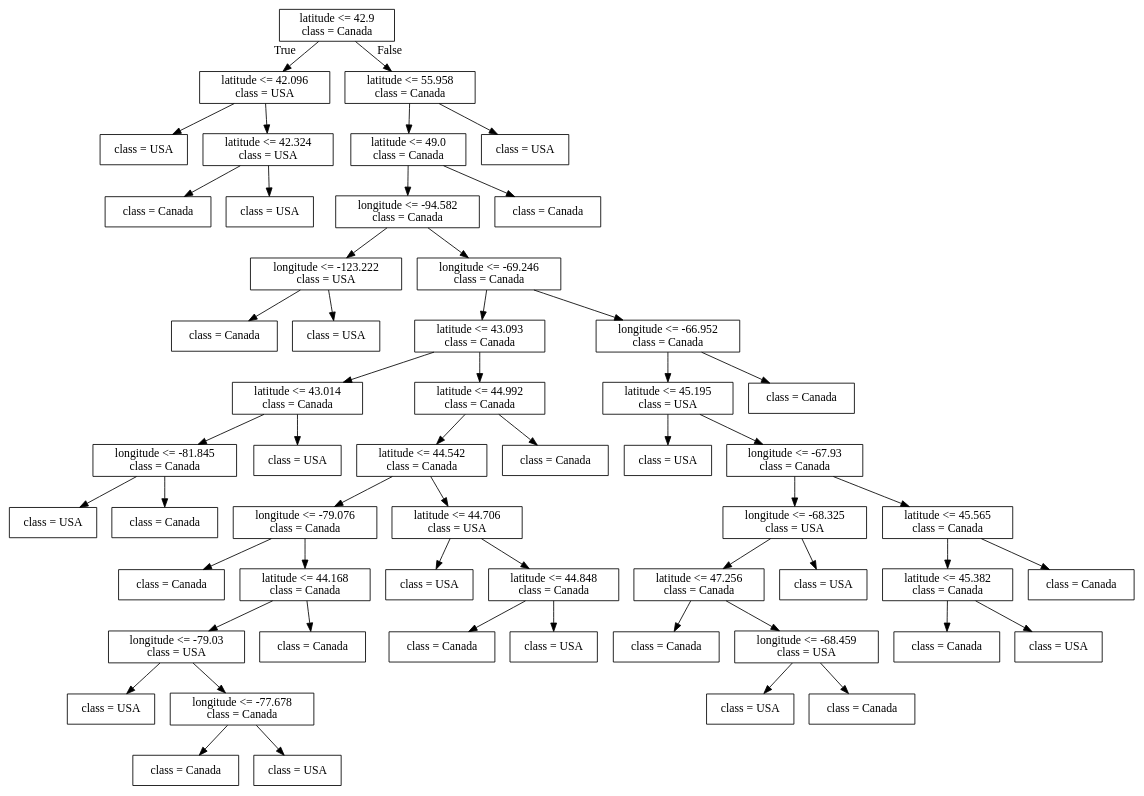
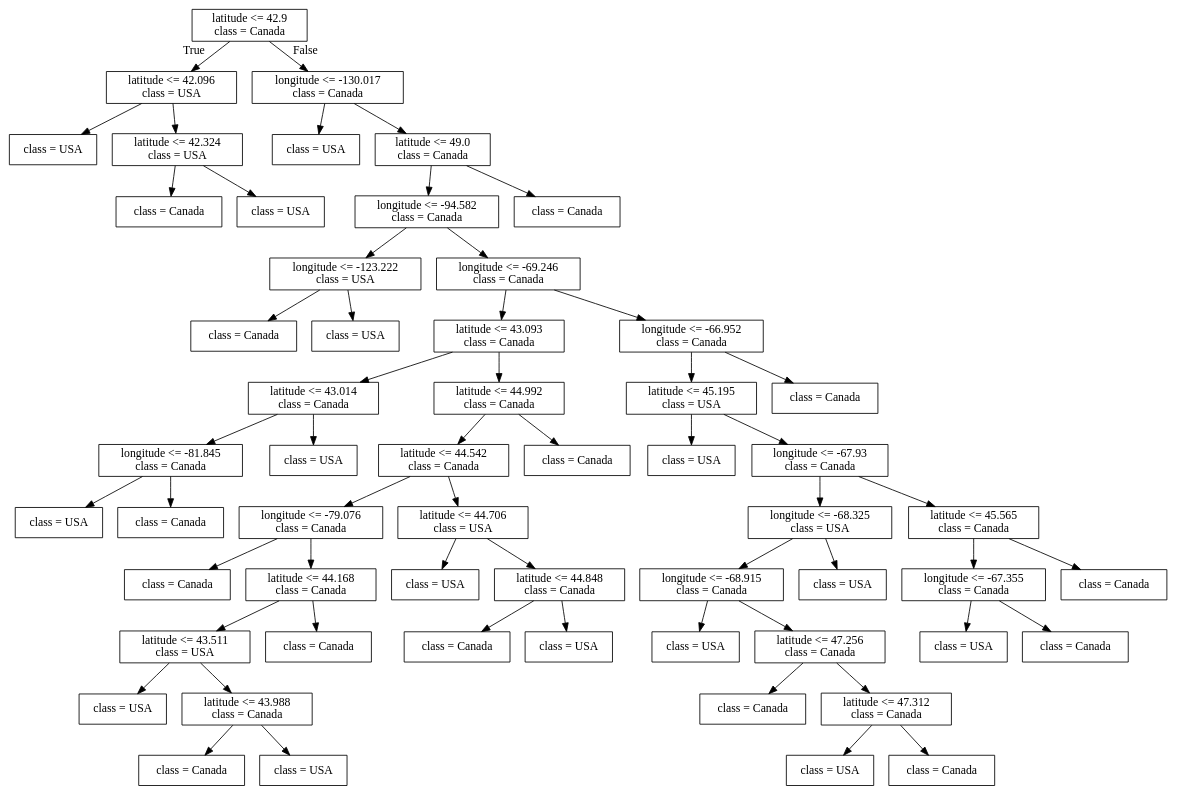
The diagram in lectures/Source.gv (bait509-ubc/BAIT509), drawn with Graphviz before and after one commit. The commit also changed 82 other files, not shown here.

```diff
--- a/lectures/Source.gv
+++ b/lectures/Source.gv
@@ -1,112 +1,116 @@
 digraph Tree {
 node [shape=box] ;
 0 [label="latitude <= 42.9\nclass = Canada"] ;
 1 [label="latitude <= 42.096\nclass = USA"] ;
 0 -> 1 [labeldistance=2.5, labelangle=45, headlabel="True"] ;
 2 [label="class = USA"] ;
 1 -> 2 ;
 3 [label="latitude <= 42.324\nclass = USA"] ;
 1 -> 3 ;
 4 [label="class = Canada"] ;
 3 -> 4 ;
 5 [label="class = USA"] ;
 3 -> 5 ;
-6 [label="latitude <= 55.958\nclass = Canada"] ;
+6 [label="longitude <= -130.017\nclass = Canada"] ;
 0 -> 6 [labeldistance=2.5, labelangle=-45, headlabel="False"] ;
-7 [label="latitude <= 49.0\nclass = Canada"] ;
+7 [label="class = USA"] ;
 6 -> 7 ;
-8 [label="longitude <= -94.582\nclass = Canada"] ;
-7 -> 8 ;
-9 [label="longitude <= -123.222\nclass = USA"] ;
+8 [label="latitude <= 49.0\nclass = Canada"] ;
+6 -> 8 ;
+9 [label="longitude <= -94.582\nclass = Canada"] ;
 8 -> 9 ;
-10 [label="class = Canada"] ;
+10 [label="longitude <= -123.222\nclass = USA"] ;
 9 -> 10 ;
-11 [label="class = USA"] ;
-9 -> 11 ;
-12 [label="longitude <= -69.246\nclass = Canada"] ;
-8 -> 12 ;
-13 [label="latitude <= 43.093\nclass = Canada"] ;
-12 -> 13 ;
-14 [label="latitude <= 43.014\nclass = Canada"] ;
+11 [label="class = Canada"] ;
+10 -> 11 ;
+12 [label="class = USA"] ;
+10 -> 12 ;
+13 [label="longitude <= -69.246\nclass = Canada"] ;
+9 -> 13 ;
+14 [label="latitude <= 43.093\nclass = Canada"] ;
 13 -> 14 ;
-15 [label="longitude <= -81.845\nclass = Canada"] ;
+15 [label="latitude <= 43.014\nclass = Canada"] ;
 14 -> 15 ;
-16 [label="class = USA"] ;
+16 [label="longitude <= -81.845\nclass = Canada"] ;
 15 -> 16 ;
-17 [label="class = Canada"] ;
-15 -> 17 ;
-18 [label="class = USA"] ;
-14 -> 18 ;
-19 [label="latitude <= 44.992\nclass = Canada"] ;
-13 -> 19 ;
-20 [label="latitude <= 44.542\nclass = Canada"] ;
-19 -> 20 ;
-21 [label="longitude <= -79.076\nclass = Canada"] ;
+17 [label="class = USA"] ;
+16 -> 17 ;
+18 [label="class = Canada"] ;
+16 -> 18 ;
+19 [label="class = USA"] ;
+15 -> 19 ;
+20 [label="latitude <= 44.992\nclass = Canada"] ;
+14 -> 20 ;
+21 [label="latitude <= 44.542\nclass = Canada"] ;
 20 -> 21 ;
-22 [label="class = Canada"] ;
+22 [label="longitude <= -79.076\nclass = Canada"] ;
 21 -> 22 ;
-23 [label="latitude <= 44.168\nclass = Canada"] ;
-21 -> 23 ;
-24 [label="longitude <= -79.03\nclass = USA"] ;
-23 -> 24 ;
-25 [label="class = USA"] ;
+23 [label="class = Canada"] ;
+22 -> 23 ;
+24 [label="latitude <= 44.168\nclass = Canada"] ;
+22 -> 24 ;
+25 [label="latitude <= 43.511\nclass = USA"] ;
 24 -> 25 ;
-26 [label="longitude <= -77.678\nclass = Canada"] ;
-24 -> 26 ;
-27 [label="class = Canada"] ;
-26 -> 27 ;
-28 [label="class = USA"] ;
-26 -> 28 ;
-29 [label="class = Canada"] ;
-23 -> 29 ;
-30 [label="latitude <= 44.706\nclass = USA"] ;
-20 -> 30 ;
-31 [label="class = USA"] ;
-30 -> 31 ;
-32 [label="latitude <= 44.848\nclass = Canada"] ;
-30 -> 32 ;
-33 [label="class = Canada"] ;
-32 -> 33 ;
-34 [label="class = USA"] ;
-32 -> 34 ;
-35 [label="class = Canada"] ;
-19 -> 35 ;
-36 [label="longitude <= -66.952\nclass = Canada"] ;
-12 -> 36 ;
-37 [label="latitude <= 45.195\nclass = USA"] ;
-36 -> 37 ;
-38 [label="class = USA"] ;
+26 [label="class = USA"] ;
+25 -> 26 ;
+27 [label="latitude <= 43.988\nclass = Canada"] ;
+25 -> 27 ;
+28 [label="class = Canada"] ;
+27 -> 28 ;
+29 [label="class = USA"] ;
+27 -> 29 ;
+30 [label="class = Canada"] ;
+24 -> 30 ;
+31 [label="latitude <= 44.706\nclass = USA"] ;
+21 -> 31 ;
+32 [label="class = USA"] ;
+31 -> 32 ;
+33 [label="latitude <= 44.848\nclass = Canada"] ;
+31 -> 33 ;
+34 [label="class = Canada"] ;
+33 -> 34 ;
+35 [label="class = USA"] ;
+33 -> 35 ;
+36 [label="class = Canada"] ;
+20 -> 36 ;
+37 [label="longitude <= -66.952\nclass = Canada"] ;
+13 -> 37 ;
+38 [label="latitude <= 45.195\nclass = USA"] ;
 37 -> 38 ;
-39 [label="longitude <= -67.93\nclass = Canada"] ;
-37 -> 39 ;
-40 [label="longitude <= -68.325\nclass = USA"] ;
-39 -> 40 ;
-41 [label="latitude <= 47.256\nclass = Canada"] ;
+39 [label="class = USA"] ;
+38 -> 39 ;
+40 [label="longitude <= -67.93\nclass = Canada"] ;
+38 -> 40 ;
+41 [label="longitude <= -68.325\nclass = USA"] ;
 40 -> 41 ;
-42 [label="class = Canada"] ;
+42 [label="longitude <= -68.915\nclass = Canada"] ;
 41 -> 42 ;
-43 [label="longitude <= -68.459\nclass = USA"] ;
-41 -> 43 ;
-44 [label="class = USA"] ;
-43 -> 44 ;
+43 [label="class = USA"] ;
+42 -> 43 ;
+44 [label="latitude <= 47.256\nclass = Canada"] ;
+42 -> 44 ;
 45 [label="class = Canada"] ;
-43 -> 45 ;
-46 [label="class = USA"] ;
-40 -> 46 ;
-47 [label="latitude <= 45.565\nclass = Canada"] ;
-39 -> 47 ;
-48 [label="latitude <= 45.382\nclass = Canada"] ;
-47 -> 48 ;
-49 [label="class = Canada"] ;
-48 -> 49 ;
-50 [label="class = USA"] ;
-48 -> 50 ;
-51 [label="class = Canada"] ;
-47 -> 51 ;
-52 [label="class = Canada"] ;
-36 -> 52 ;
+44 -> 45 ;
+46 [label="latitude <= 47.312\nclass = Canada"] ;
+44 -> 46 ;
+47 [label="class = USA"] ;
+46 -> 47 ;
+48 [label="class = Canada"] ;
+46 -> 48 ;
+49 [label="class = USA"] ;
+41 -> 49 ;
+50 [label="latitude <= 45.565\nclass = Canada"] ;
+40 -> 50 ;
+51 [label="longitude <= -67.355\nclass = Canada"] ;
+50 -> 51 ;
+52 [label="class = USA"] ;
+51 -> 52 ;
 53 [label="class = Canada"] ;
-7 -> 53 ;
-54 [label="class = USA"] ;
-6 -> 54 ;
+51 -> 53 ;
+54 [label="class = Canada"] ;
+50 -> 54 ;
+55 [label="class = Canada"] ;
+37 -> 55 ;
+56 [label="class = Canada"] ;
+8 -> 56 ;
 }
```
